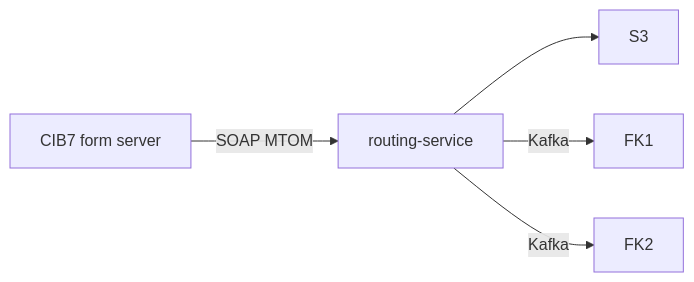
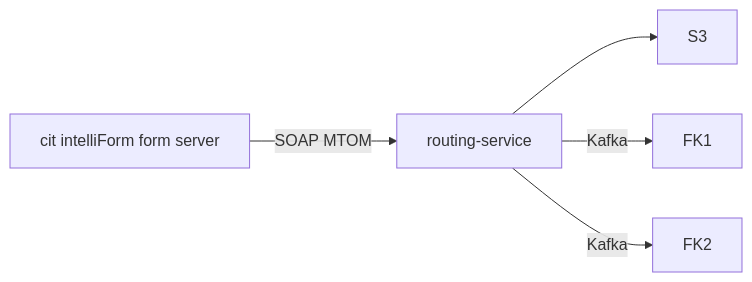
One commit to it-at-m/eogov-for-rk changed the diagram in .github/README.md. Above: the diagram before and after it, drawn with Mermaid.

Commit message:
docs: README fix typo

````diff
--- a/.github/README.md
+++ b/.github/README.md
@@ -26,7 +26,7 @@
 ```mermaid
 flowchart LR
-  cib[CIB7 form server] -->|SOAP MTOM| rk[routing-service]
+  cib[cit intelliForm form server] -->|SOAP MTOM| rk[routing-service]
   rk --> S3
   rk -->|Kafka| FK1
   rk -->|Kafka| FK2
 ```
````
